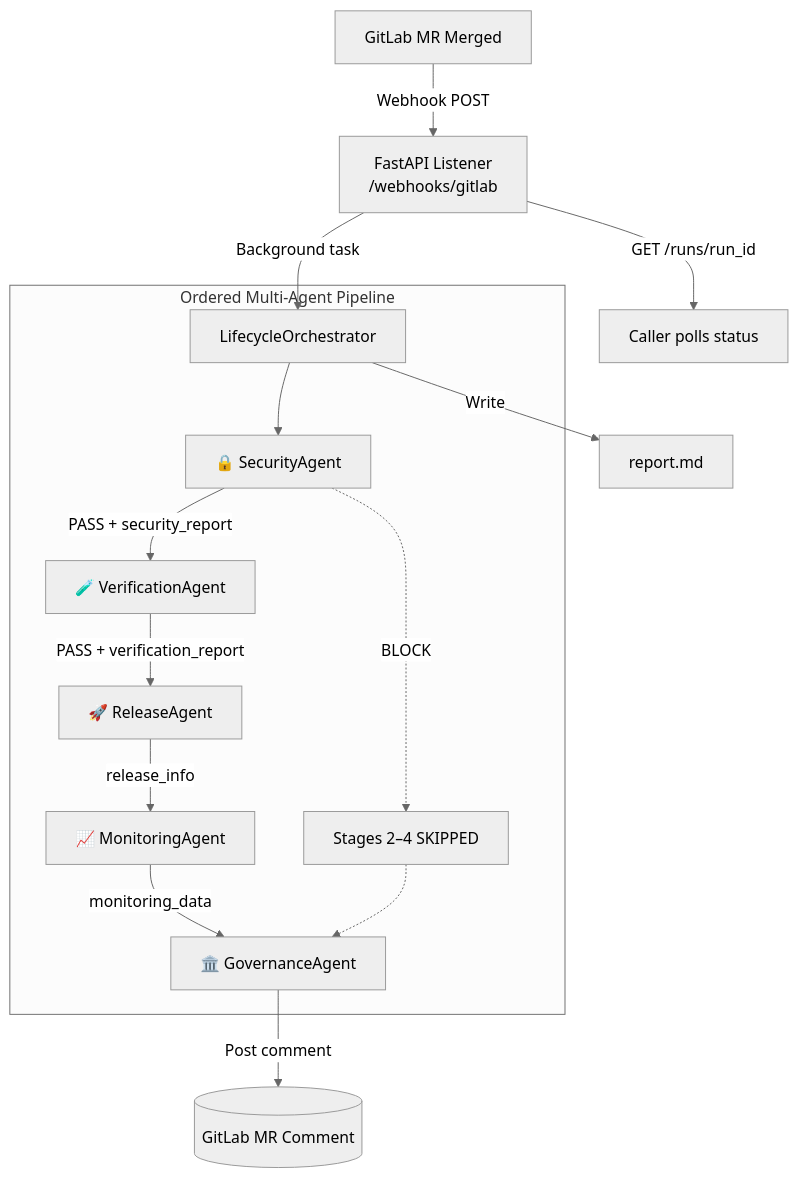
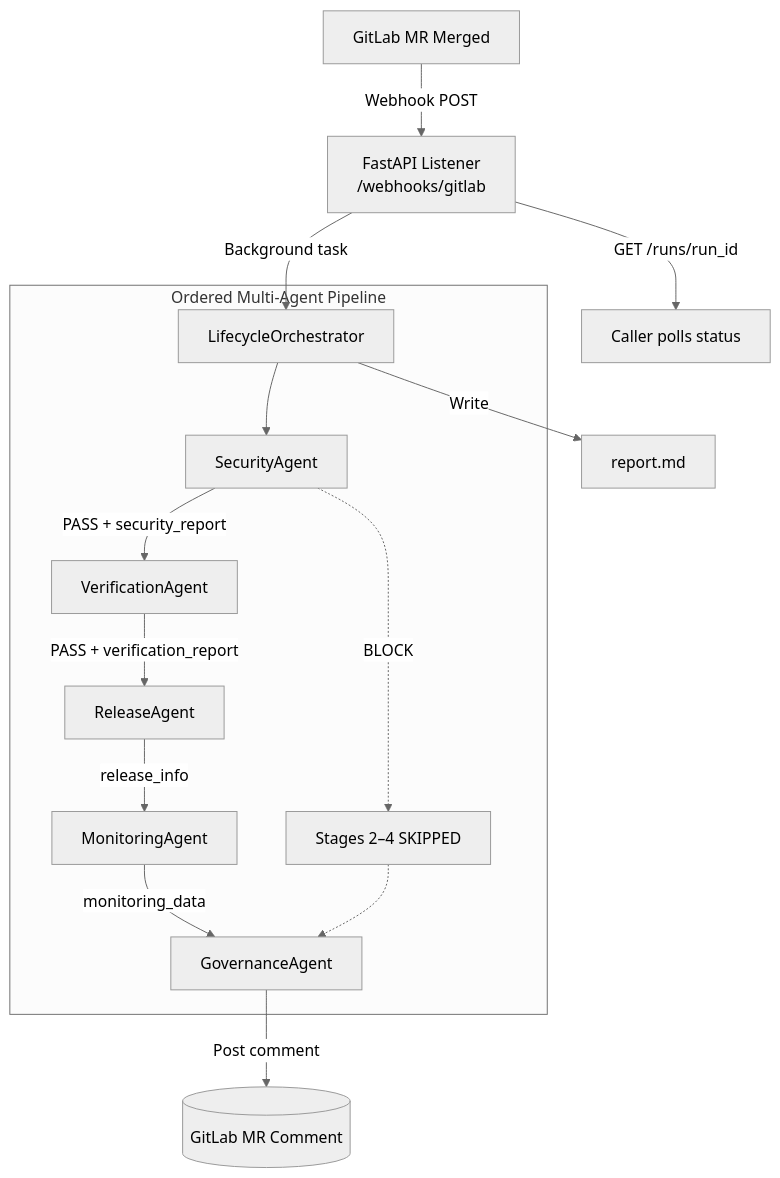
One commit to Sayo-codes/Lifecycle-Guardian changed the diagram in README.md. Above: the diagram before and after it, drawn with Mermaid (neutral theme). The commit also changed other lines of this file and 8 other files, not shown here.

````diff
--- a/README.md
+++ b/README.md
@@ -84,19 +84,19 @@
 ```mermaid
 flowchart TD
     MR[GitLab MR Merged] -->|Webhook POST| API[FastAPI Listener\n/webhooks/gitlab]
     API -->|Background task| Orch[LifecycleOrchestrator]
 
     subgraph "Ordered Multi-Agent Pipeline"
-        Orch --> S1[🔒 SecurityAgent]
-        S1 -->|PASS + security_report| S2[🧪 VerificationAgent]
+        Orch --> S1[SecurityAgent]
+        S1 -->|PASS + security_report| S2[VerificationAgent]
         S1 -.->|BLOCK| Abort[Stages 2–4 SKIPPED]
-        S2 -->|PASS + verification_report| S3[🚀 ReleaseAgent]
-        S3 -->|release_info| S4[📈 MonitoringAgent]
-        S4 -->|monitoring_data| S5[🏛️ GovernanceAgent]
+        S2 -->|PASS + verification_report| S3[ReleaseAgent]
+        S3 -->|release_info| S4[MonitoringAgent]
+        S4 -->|monitoring_data| S5[GovernanceAgent]
         Abort -.-> S5
     end
 
     S5 -->|Post comment| MRComment[(GitLab MR Comment)]
     Orch -->|Write| ReportFile[report.md]
     API -->|GET /runs/run_id| Caller[Caller polls status]
 ```
````
